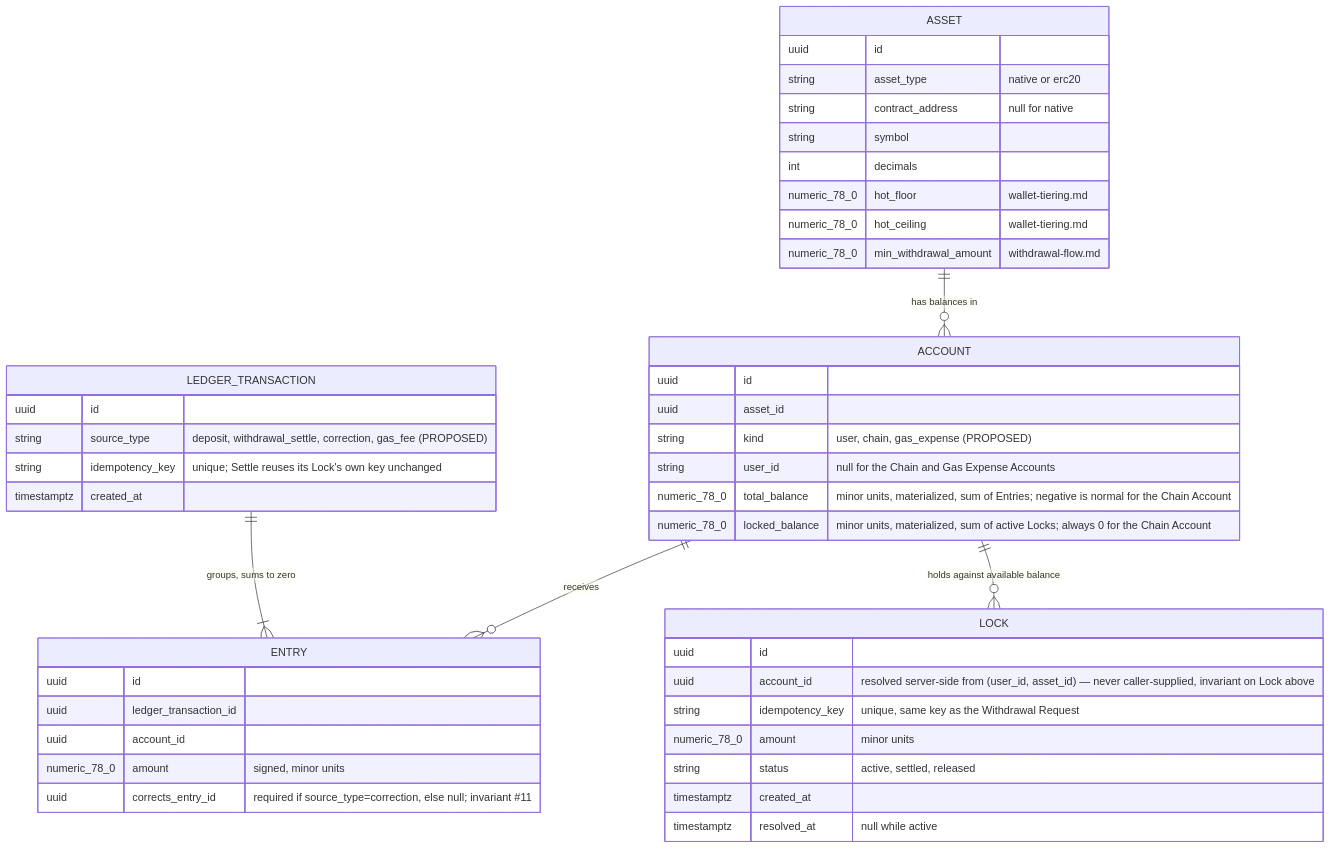
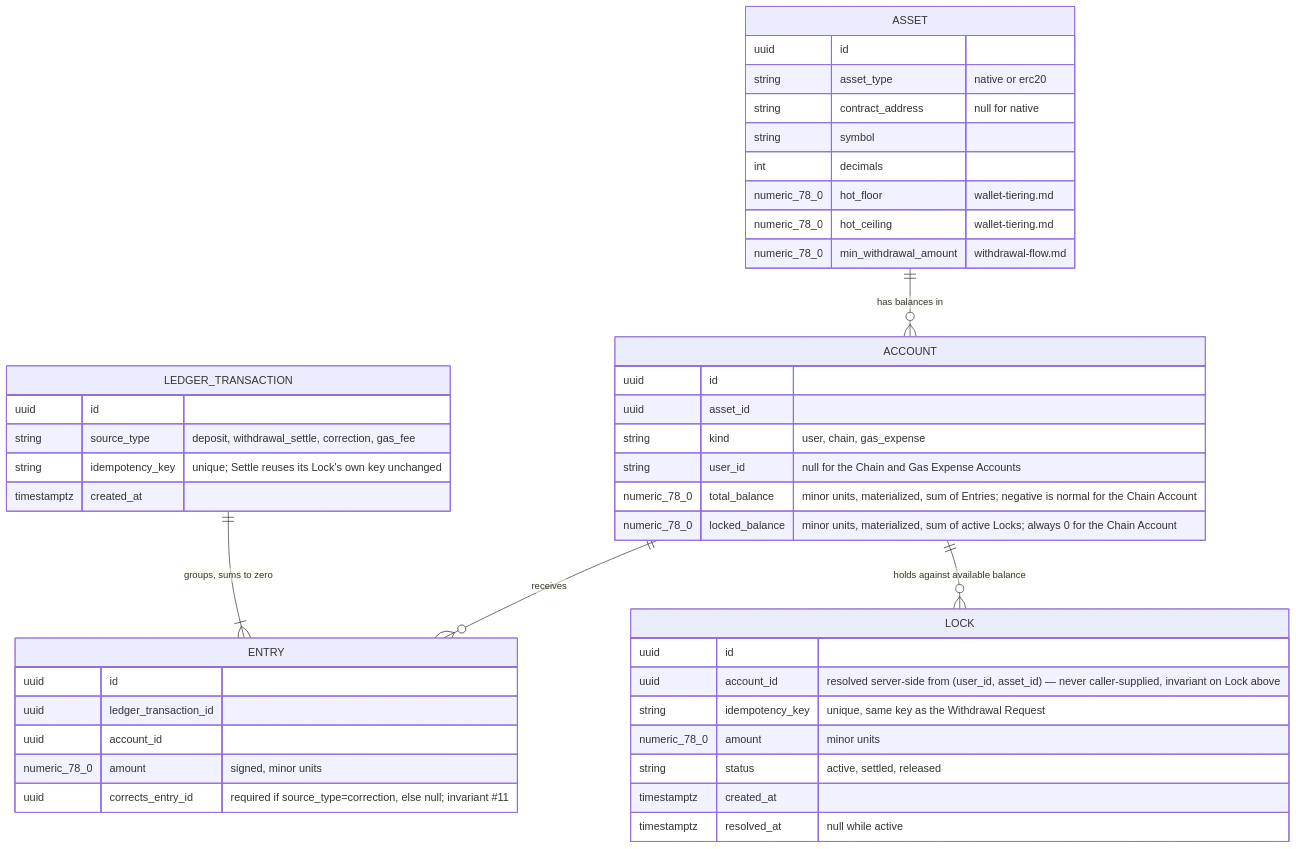
Before and after one commit to VuKhuongDuy/DigiWal: the first of 3 diagrams in docs/design/ledger.md, drawn with Mermaid. The commit also changed other lines of this file and 5 other files, not shown here.

First line of the commit message:
ledger, withdrawal-flow, deposit-flow: gas Entries, sweeper limitation and Nonce Gap rules are Decided

````diff
--- a/docs/design/ledger.md
+++ b/docs/design/ledger.md
@@ -352,48 +359,48 @@
 ```mermaid
 erDiagram
     ASSET ||--o{ ACCOUNT : "has balances in"
     ACCOUNT ||--o{ ENTRY : "receives"
     ACCOUNT ||--o{ LOCK : "holds against available balance"
     LEDGER_TRANSACTION ||--|{ ENTRY : "groups, sums to zero"
 
     ASSET {
         uuid id
         string asset_type "native or erc20"
         string contract_address "null for native"
         string symbol
         int decimals
         numeric_78_0 hot_floor "wallet-tiering.md"
         numeric_78_0 hot_ceiling "wallet-tiering.md"
         numeric_78_0 min_withdrawal_amount "withdrawal-flow.md"
     }
     ACCOUNT {
         uuid id
         uuid asset_id
-        string kind "user, chain, gas_expense (PROPOSED)"
+        string kind "user, chain, gas_expense"
         string user_id "null for the Chain and Gas Expense Accounts"
         numeric_78_0 total_balance "minor units, materialized, sum of Entries; negative is normal for the Chain Account"
         numeric_78_0 locked_balance "minor units, materialized, sum of active Locks; always 0 for the Chain Account"
     }
     LOCK {
         uuid id
         uuid account_id "resolved server-side from (user_id, asset_id) — never caller-supplied, invariant on Lock above"
         string idempotency_key "unique, same key as the Withdrawal Request"
         numeric_78_0 amount "minor units"
         string status "active, settled, released"
         timestamptz created_at
         timestamptz resolved_at "null while active"
     }
     LEDGER_TRANSACTION {
         uuid id
-        string source_type "deposit, withdrawal_settle, correction, gas_fee (PROPOSED)"
+        string source_type "deposit, withdrawal_settle, correction, gas_fee"
         string idempotency_key "unique; Settle reuses its Lock's own key unchanged"
         timestamptz created_at
     }
     ENTRY {
         uuid id
         uuid ledger_transaction_id
         uuid account_id
         numeric_78_0 amount "signed, minor units"
         uuid corrects_entry_id "required if source_type=correction, else null; invariant #11"
     }
 ```
````
